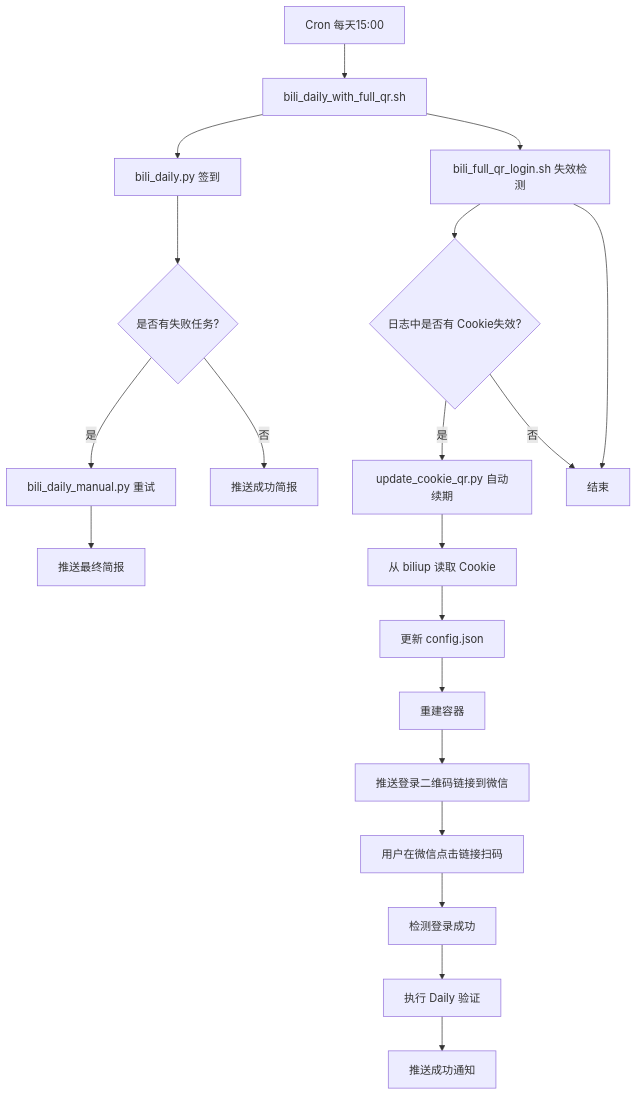
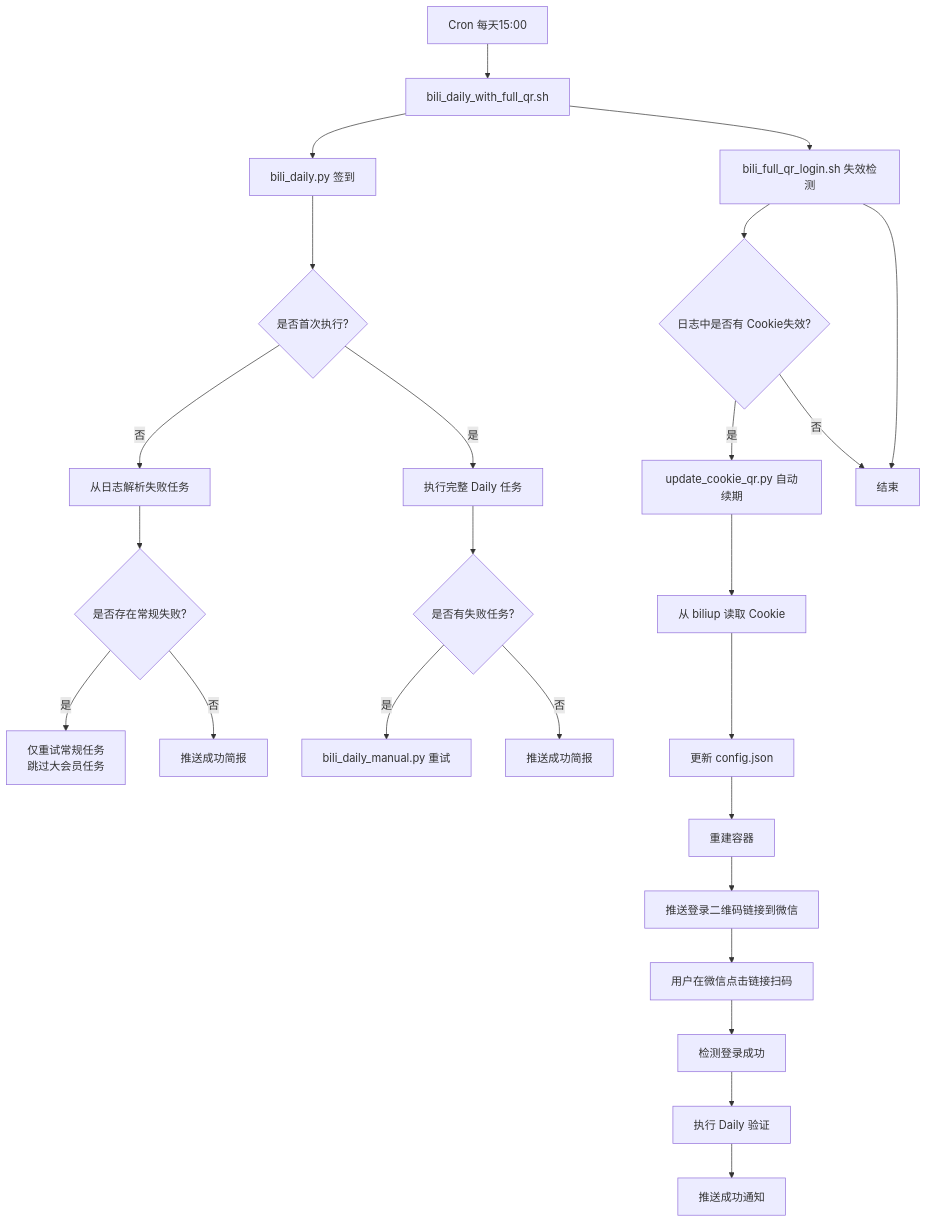
One commit to decksandrumsandrockandroll/bilibili_bot changed the diagram in README.md. Above: the diagram before and after it, drawn with Mermaid. The commit also changed other lines of this file, not shown here.

````diff
--- a/README.md
+++ b/README.md
@@ -40,22 +43,27 @@
 ```mermaid
 graph TD
     A[Cron 每天15:00] --> B[bili_daily_with_full_qr.sh]
     B --> C[bili_daily.py 签到]
-    C --> D{是否有失败任务?}
-    D -->|是| E[bili_daily_manual.py 重试]
-    E --> F[推送最终简报]
-    D -->|否| G[推送成功简报]
-    B --> H[bili_full_qr_login.sh 失效检测]
-    H --> I{日志中是否有 Cookie失效?}
-    I -->|是| J[update_cookie_qr.py 自动续期]
-    I -->|否| K[结束]
-    J --> L[从 biliup 读取 Cookie]
-    L --> M[更新 config.json]
-    M --> N[重建容器]
-    N --> O[推送登录二维码链接到微信]
-    O --> P[用户在微信点击链接扫码]
-    P --> Q[检测登录成功]
-    Q --> R[执行 Daily 验证]
-    R --> S[推送成功通知]
-    H --> K
+    C --> D{是否首次执行?}
+    D -->|是| E[执行完整 Daily 任务]
+    D -->|否| F[从日志解析失败任务]
+    F --> G{是否存在常规失败?}
+    G -->|是| H[仅重试常规任务<br>跳过大会员任务]
+    G -->|否| I[推送成功简报]
+    E --> J{是否有失败任务?}
+    J -->|是| K[bili_daily_manual.py 重试]
+    J -->|否| L[推送成功简报]
+    B --> M[bili_full_qr_login.sh 失效检测]
+    M --> N{日志中是否有 Cookie失效?}
+    N -->|是| O[update_cookie_qr.py 自动续期]
+    N -->|否| P[结束]
+    O --> Q[从 biliup 读取 Cookie]
+    Q --> R[更新 config.json]
+    R --> S[重建容器]
+    S --> T[推送登录二维码链接到微信]
+    T --> U[用户在微信点击链接扫码]
+    U --> V[检测登录成功]
+    V --> W[执行 Daily 验证]
+    W --> X[推送成功通知]
+    M --> P
 ```
````
